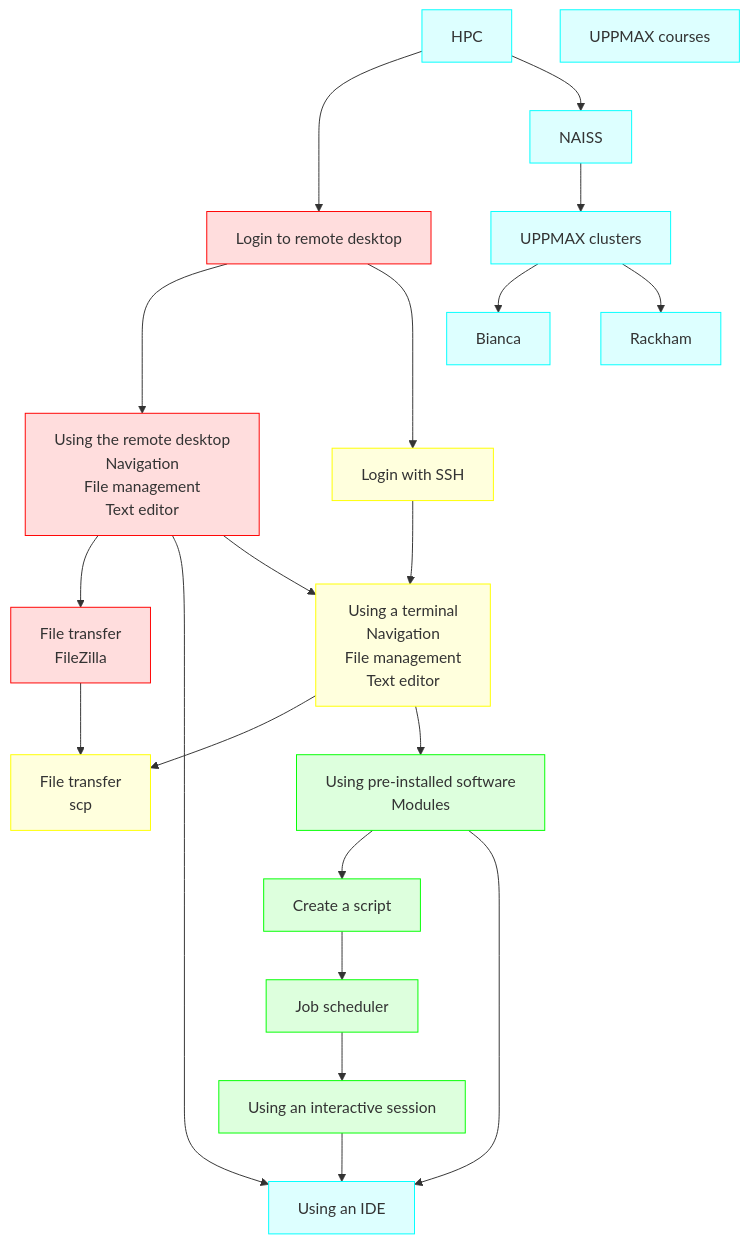
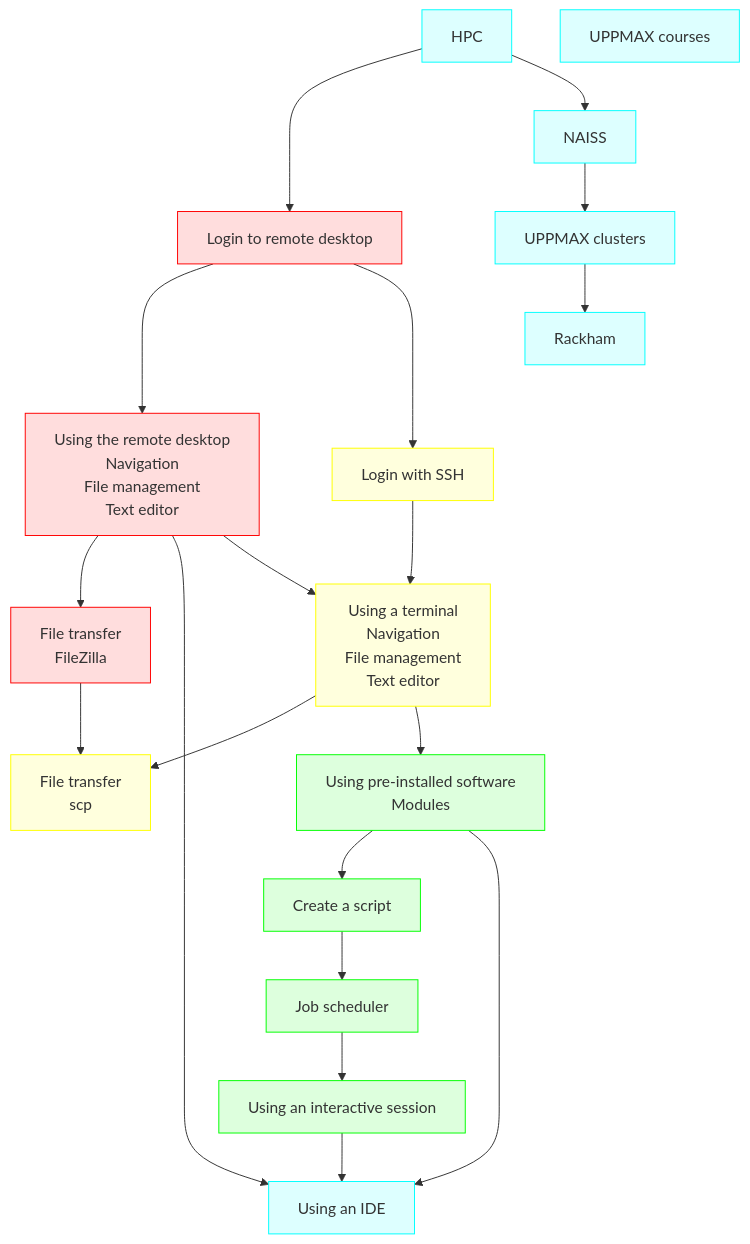
One commit to UPPMAX/uppmax_intro_day_1 changed the first of 3 diagrams in docs/overviews/uppmax_intro_day_1.md. Above: the diagram before and after it, drawn with Mermaid. The commit also changed other lines of this file and 3 other files, not shown here.

````diff
--- a/docs/overviews/uppmax_intro_day_1.md
+++ b/docs/overviews/uppmax_intro_day_1.md
@@ -3,65 +3,63 @@
 ```mermaid
 flowchart TD
 
   classDef basic_gui fill:#fdd, stroke:#f00
   classDef basic_terminal fill:#ffd, stroke:#ff0
   classDef real_work fill:#dfd, stroke:#0f0
   classDef go_deeper fill:#dff, stroke:#0ff
 
   %% subgraph world[The world]
     hpc[HPC]:::go_deeper
     naiss[NAISS]:::go_deeper
   %% subgraph uppmax[UPPMAX]
       uppmax_clusters[UPPMAX clusters]:::go_deeper
-      bianca[Bianca]:::go_deeper
       rackham[Rackham]:::go_deeper
       uppmax_courses[UPPMAX courses]:::go_deeper
     %% end
   %% end
   %% subgraph remote_desktop[Remote desktop environment]
     login_remote_desktop[Login to remote desktop]:::basic_gui
     use_remote_desktop[Using the remote desktop\nNavigation\nFile management\nText editor]:::basic_gui
     file_transfer_filezilla[File transfer\nFileZilla]:::basic_gui
     use_ide[Using an IDE]:::go_deeper
   %% end
   %% subgraph console[Console environment]
     login_ssh[Login with SSH]:::basic_terminal
     use_terminal[Using a terminal\nNavigation\nFile management\nText editor]:::basic_terminal
     file_transfer_scp[File transfer\nscp]:::basic_terminal
     scripts[Create a script]:::real_work
     modules[Using pre-installed software\nModules]:::real_work
     interactive[Using an interactive session]:::real_work
     job_scheduler[Job scheduler]:::real_work
   %% end
 
   hpc ---> login_remote_desktop
 
   %% UPPMAX
   hpc --> naiss
   naiss --> uppmax_clusters
-  uppmax_clusters --> bianca
   uppmax_clusters --> rackham
 
   %% GUI
   login_remote_desktop ---> use_remote_desktop
   use_remote_desktop --> file_transfer_filezilla
   use_remote_desktop --> use_ide
 
   %% Console
   login_ssh --> use_terminal
   use_terminal --> file_transfer_scp
   use_terminal --> modules
   scripts --> job_scheduler
   modules --> scripts
   job_scheduler --> interactive
 
   %% console -> GUI
   modules --> use_ide
   
 
   %% GUI -> console
   login_remote_desktop --> login_ssh
   use_remote_desktop --> use_terminal
   file_transfer_filezilla --> file_transfer_scp  
   interactive --> use_ide
 ```
````
